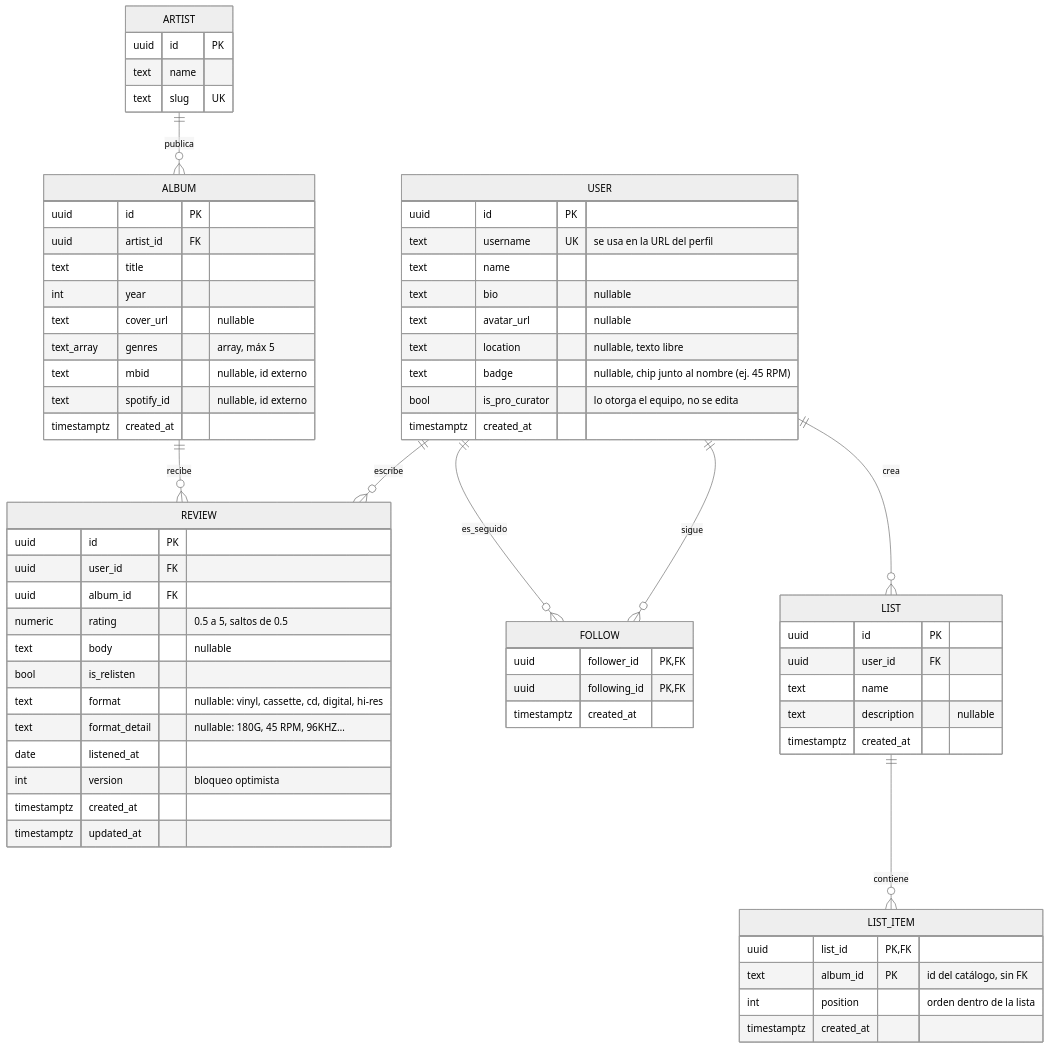
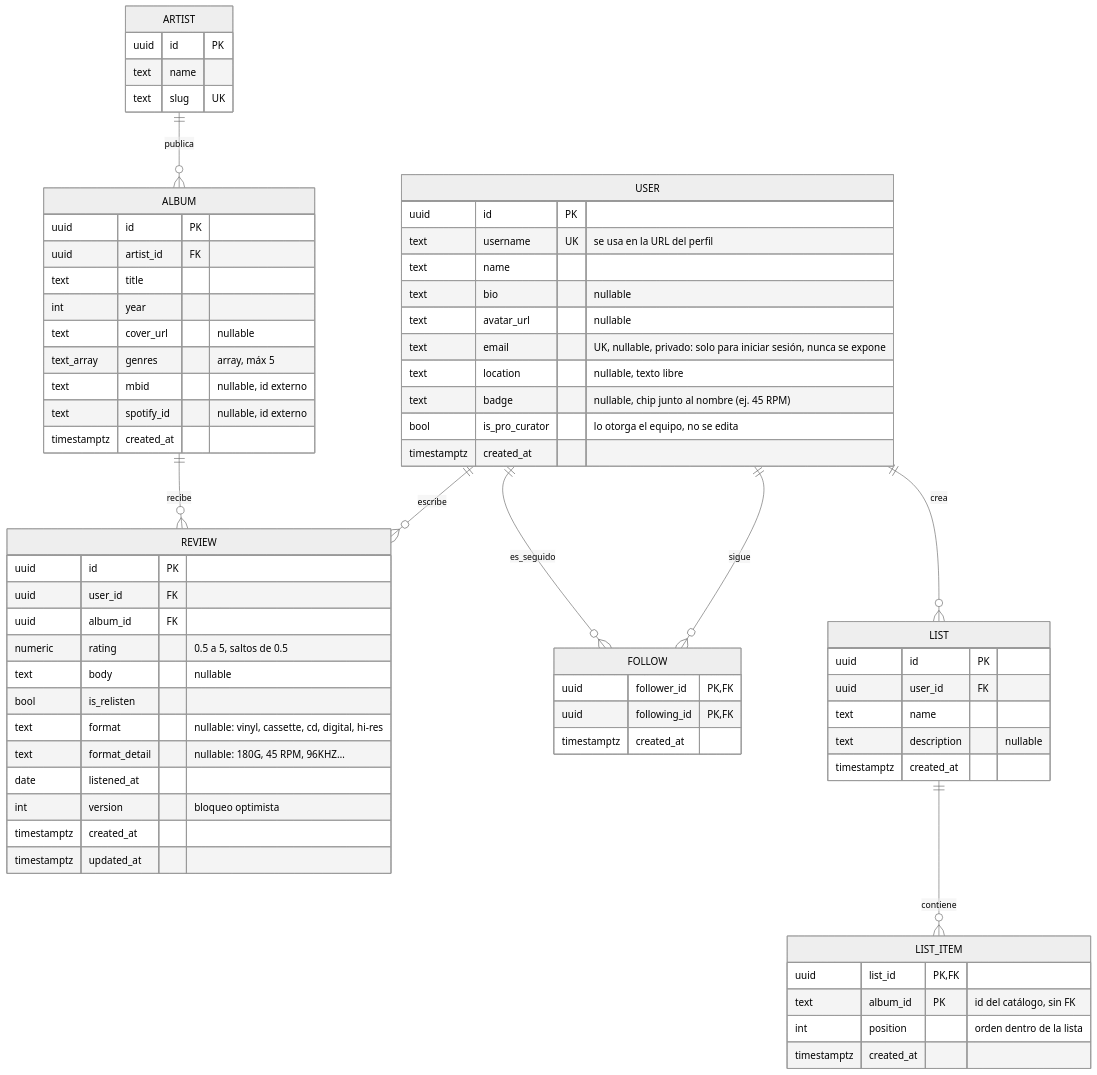
The diagram in docs/er.md (ArgosTeamDev/Sonora), drawn with Mermaid (neutral theme) before and after one commit. The commit also changed 9 other files, not shown here.

````diff
--- a/docs/er.md
+++ b/docs/er.md
@@ -3,70 +3,71 @@
 ```mermaid
 erDiagram
     USER   ||--o{ REVIEW  : escribe
     ALBUM  ||--o{ REVIEW  : recibe
     ARTIST ||--o{ ALBUM   : publica
     USER   ||--o{ FOLLOW  : sigue
     USER   ||--o{ FOLLOW  : es_seguido
     USER   ||--o{ LIST    : crea
     LIST   ||--o{ LIST_ITEM : contiene
 
     USER {
         uuid        id         PK
         text        username   UK "se usa en la URL del perfil"
         text        name
         text        bio        "nullable"
         text        avatar_url "nullable"
+        text        email      "UK, nullable, privado: solo para iniciar sesión, nunca se expone"
         text        location   "nullable, texto libre"
         text        badge      "nullable, chip junto al nombre (ej. 45 RPM)"
         bool        is_pro_curator "lo otorga el equipo, no se edita"
         timestamptz created_at
     }
     LIST {
         uuid        id          PK
         uuid        user_id     FK
         text        name
         text        description "nullable"
         timestamptz created_at
     }
     LIST_ITEM {
         uuid        list_id    PK, FK
         text        album_id   PK "id del catálogo, sin FK"
         int         position   "orden dentro de la lista"
         timestamptz created_at
     }
     ARTIST {
         uuid id   PK
         text name
         text slug UK
     }
     ALBUM {
         uuid        id         PK
         uuid        artist_id  FK
         text        title
         int         year
         text        cover_url  "nullable"
         text_array  genres     "array, máx 5"
         text        mbid       "nullable, id externo"
         text        spotify_id "nullable, id externo"
         timestamptz created_at
     }
     REVIEW {
         uuid        id          PK
         uuid        user_id     FK
         uuid        album_id    FK
         numeric     rating      "0.5 a 5, saltos de 0.5"
         text        body        "nullable"
         bool        is_relisten
         text        format        "nullable: vinyl, cassette, cd, digital, hi-res"
         text        format_detail "nullable: 180G, 45 RPM, 96KHZ…"
         date        listened_at
         int         version     "bloqueo optimista"
         timestamptz created_at
         timestamptz updated_at
     }
     FOLLOW {
         uuid        follower_id  PK, FK
         uuid        following_id PK, FK
         timestamptz created_at
     }
 ```
````
